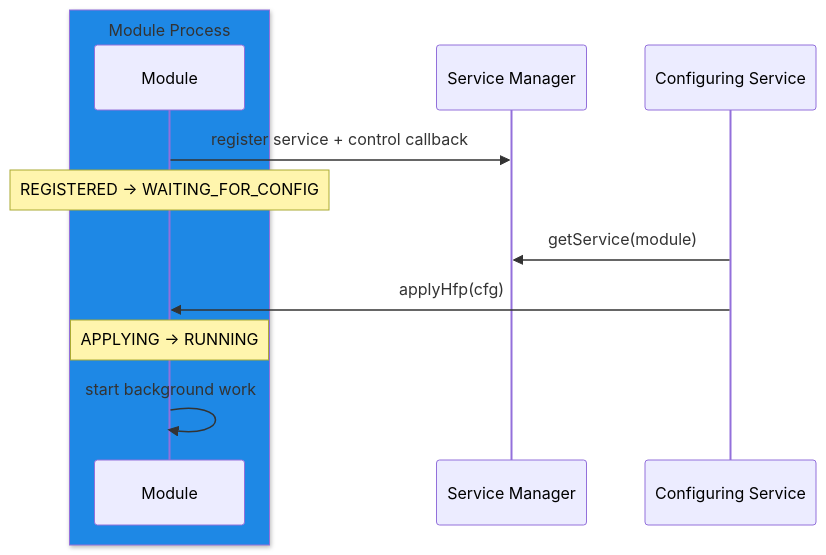
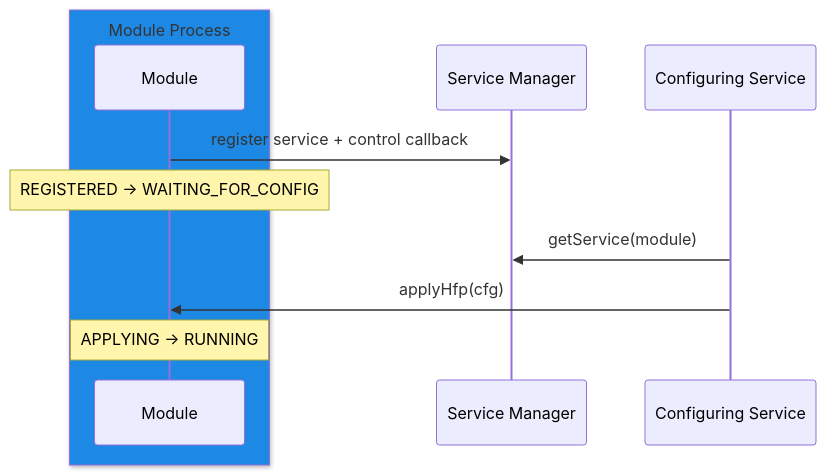
Before and after one commit to rdkcentral/rdk-halif-aidl: the fourth of 4 diagrams in docs/vsi/boot_sequence/current/module_boot_sequence.md, drawn with Mermaid. The commit also changed other lines of this file, not shown here.

````diff
--- a/docs/vsi/boot_sequence/current/module_boot_sequence.md
+++ b/docs/vsi/boot_sequence/current/module_boot_sequence.md
@@ -131,15 +185,14 @@
 ```mermaid
 sequenceDiagram
     box rgb(30,136,229) Module Process
         participant Module as Module
     end
     participant SM as Service Manager
     participant Svc as Configuring Service
 
     Module->>SM: register service + control callback
     Note over Module: REGISTERED → WAITING_FOR_CONFIG
     Svc->>SM: getService(module)
     Svc->>Module: applyHfp(cfg)
     Note over Module: APPLYING → RUNNING
-    Module->>Module: start background work
 ```
````
